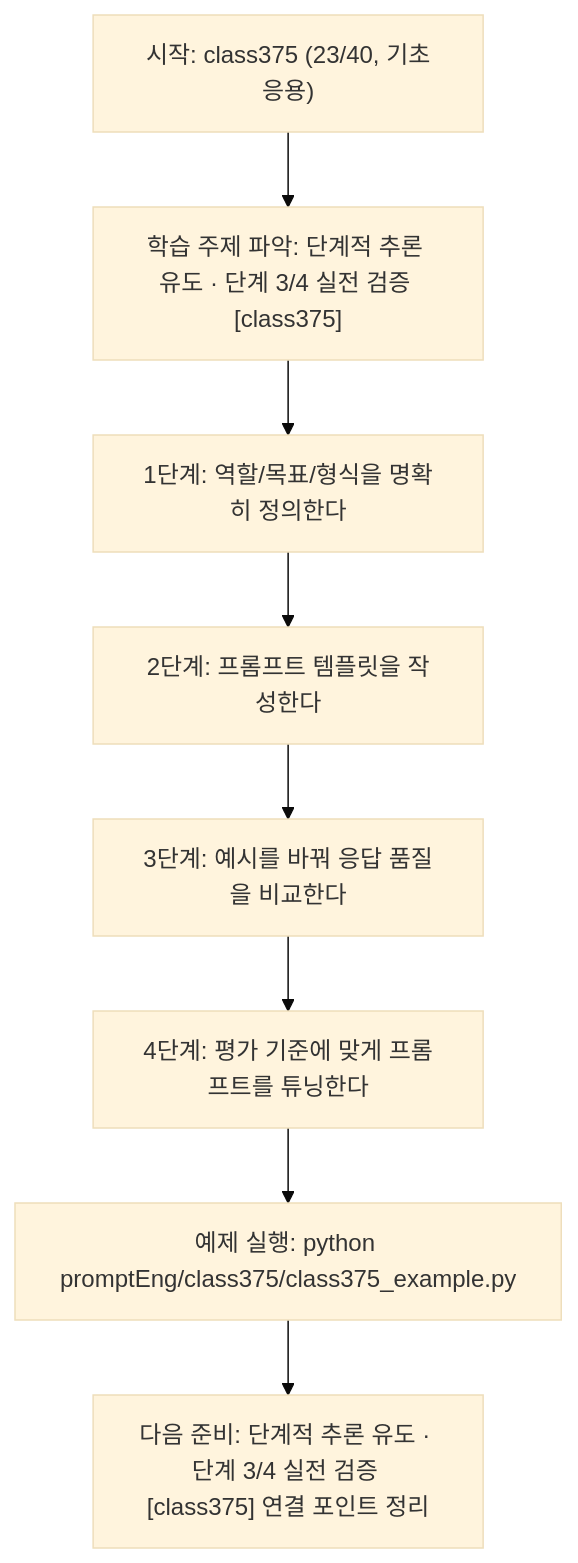
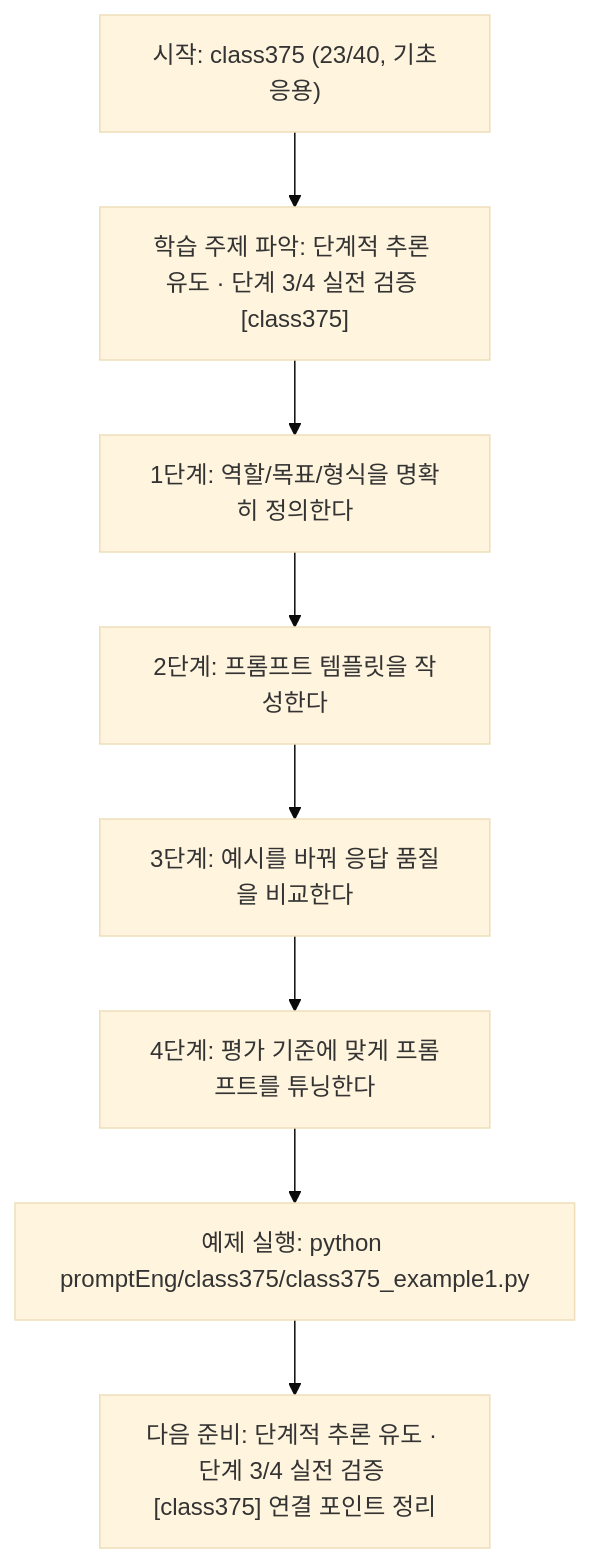
The diagram in promptEng/class375/class375.md (edumgt/Python-AI_Agent-Class), drawn with Mermaid (base theme) before and after one commit. The commit also changed other lines of this file and 2959 other files, not shown here.

````diff
--- a/promptEng/class375/class375.md
+++ b/promptEng/class375/class375.md
@@ -110,18 +110,18 @@
 ```mermaid
 flowchart TD
 N1["시작: class375 (23/40, 기초응용)"]
 N2["학습 주제 파악: 단계적 추론 유도 · 단계 3/4 실전 검증 [class375]"]
 N3["1단계: 역할/목표/형식을 명확히 정의한다"]
 N4["2단계: 프롬프트 템플릿을 작성한다"]
 N5["3단계: 예시를 바꿔 응답 품질을 비교한다"]
 N6["4단계: 평가 기준에 맞게 프롬프트를 튜닝한다"]
-N7["예제 실행: python promptEng/class375/class375_example.py"]
+N7["예제 실행: python promptEng/class375/class375_example1.py"]
 N8["다음 준비: 단계적 추론 유도 · 단계 3/4 실전 검증 [class375] 연결 포인트 정리"]
 N1 --> N2
 N2 --> N3
 N3 --> N4
 N4 --> N5
 N5 --> N6
 N6 --> N7
 N7 --> N8
 ```
````
